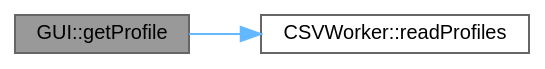
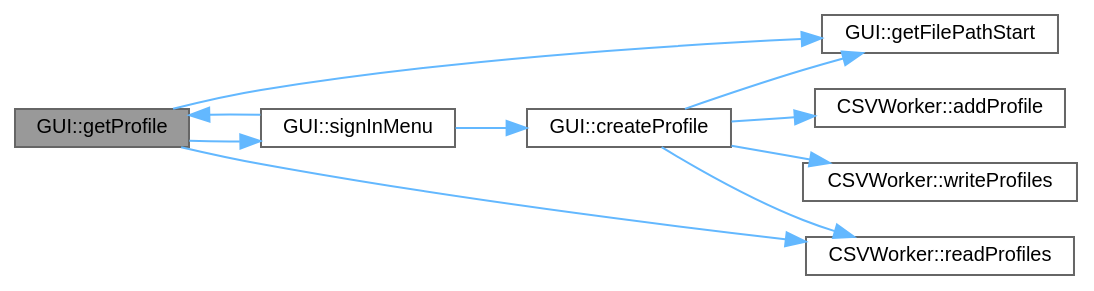
Before and after one commit to jesstyrrell/cosc345: the diagram in class_g_u_i_a00b431f2af4b04eff9dd33d987d0d772_cgraph.dot, drawn with Graphviz. The commit also changed 266 other files, not shown here.

```diff
--- a/class_g_u_i_a00b431f2af4b04eff9dd33d987d0d772_cgraph.dot
+++ b/class_g_u_i_a00b431f2af4b04eff9dd33d987d0d772_cgraph.dot
@@ -1,12 +1,25 @@
 digraph "GUI::getProfile"
 {
  // INTERACTIVE_SVG=YES
  // LATEX_PDF_SIZE
   bgcolor="transparent";
   edge [fontname=Helvetica,fontsize=10,labelfontname=Helvetica,labelfontsize=10];
   node [fontname=Helvetica,fontsize=10,shape=box,height=0.2,width=0.4];
   rankdir="LR";
   Node1 [id="Node000001",label="GUI::getProfile",height=0.2,width=0.4,color="gray40", fillcolor="grey60", style="filled", fontcolor="black",tooltip="Gets the profile of a player from the ./data/profiles.csv file."];
   Node1 -> Node2 [id="edge1_Node000001_Node000002",color="steelblue1",style="solid",tooltip=" "];
-  Node2 [id="Node000002",label="CSVWorker::readProfiles",height=0.2,width=0.4,color="grey40", fillcolor="white", style="filled",URL="$class_c_s_v_worker.html#a29ab2f722ff460150a940e9a2df0f68c",tooltip=" "];
+  Node2 [id="Node000002",label="GUI::getFilePathStart",height=0.2,width=0.4,color="grey40", fillcolor="white", style="filled",URL="$class_g_u_i.html#a1b505eb7d9252e68a4c5fa341673f1c2",tooltip=" "];
+  Node1 -> Node3 [id="edge2_Node000001_Node000003",color="steelblue1",style="solid",tooltip=" "];
+  Node3 [id="Node000003",label="CSVWorker::readProfiles",height=0.2,width=0.4,color="grey40", fillcolor="white", style="filled",URL="$class_c_s_v_worker.html#a29ab2f722ff460150a940e9a2df0f68c",tooltip=" "];
+  Node1 -> Node4 [id="edge3_Node000001_Node000004",color="steelblue1",style="solid",tooltip=" "];
+  Node4 [id="Node000004",label="GUI::signInMenu",height=0.2,width=0.4,color="grey40", fillcolor="white", style="filled",URL="$class_g_u_i.html#acb96e4bfa59c6929e70a33c8c45f795b",tooltip="Prompts the user to sign in."];
+  Node4 -> Node5 [id="edge4_Node000004_Node000005",color="steelblue1",style="solid",tooltip=" "];
+  Node5 [id="Node000005",label="GUI::createProfile",height=0.2,width=0.4,color="grey40", fillcolor="white", style="filled",URL="$class_g_u_i.html#a9e9d37ed78911ad4b67c1d7fa1c77767",tooltip="Creates a new player profile."];
+  Node5 -> Node6 [id="edge5_Node000005_Node000006",color="steelblue1",style="solid",tooltip=" "];
+  Node6 [id="Node000006",label="CSVWorker::addProfile",height=0.2,width=0.4,color="grey40", fillcolor="white", style="filled",URL="$class_c_s_v_worker.html#ac98b30f76d058e7fff41a92382c7ecb5",tooltip=" "];
+  Node5 -> Node2 [id="edge6_Node000005_Node000002",color="steelblue1",style="solid",tooltip=" "];
+  Node5 -> Node3 [id="edge7_Node000005_Node000003",color="steelblue1",style="solid",tooltip=" "];
+  Node5 -> Node7 [id="edge8_Node000005_Node000007",color="steelblue1",style="solid",tooltip=" "];
+  Node7 [id="Node000007",label="CSVWorker::writeProfiles",height=0.2,width=0.4,color="grey40", fillcolor="white", style="filled",URL="$class_c_s_v_worker.html#a8038915113e4cca065f4e825119ec9de",tooltip=" "];
+  Node4 -> Node1 [id="edge9_Node000004_Node000001",color="steelblue1",style="solid",tooltip=" "];
 }
```
